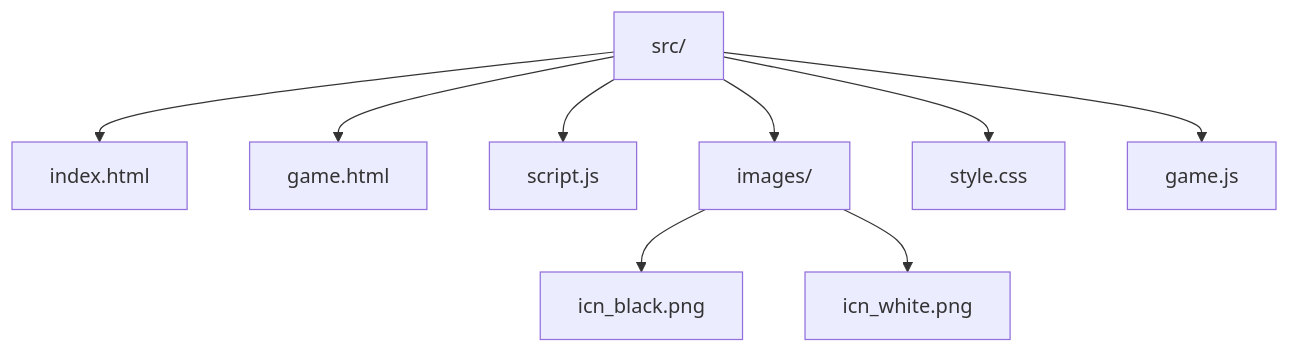
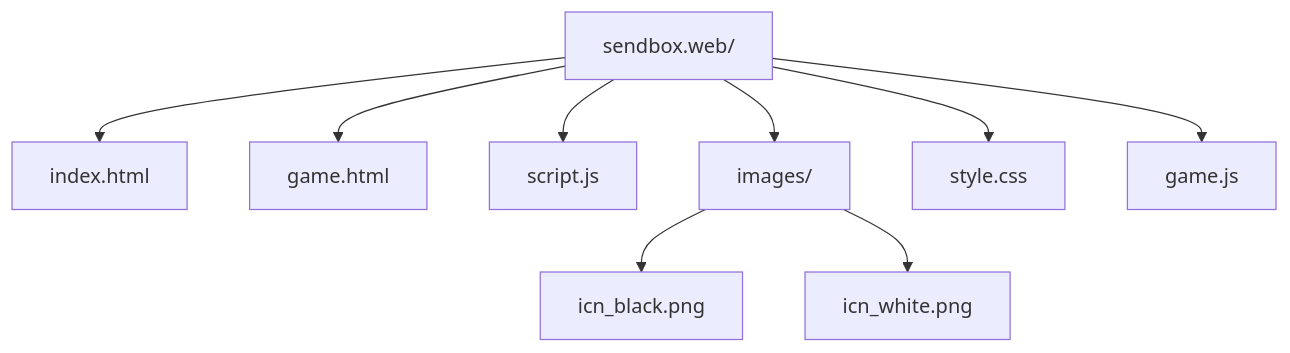
Before and after one commit to IDK536/sendbox.web: the first of 2 diagrams in README.md, drawn with Mermaid. The commit also changed other lines of this file, not shown here.

````diff
--- a/README.md
+++ b/README.md
@@ -19,11 +19,11 @@
 ```mermaid
 graph TD
-    A[src/] --> B[index.html]
+    A[sendbox.web/] --> B[index.html]
     A --> C[game.html]
     A --> D[script.js]
     A --> G[images/]
     A --> F[style.css]
     A --> E[game.js]
     G --> H[icn_black.png]
     G --> I[icn_white.png]
 ```
````
